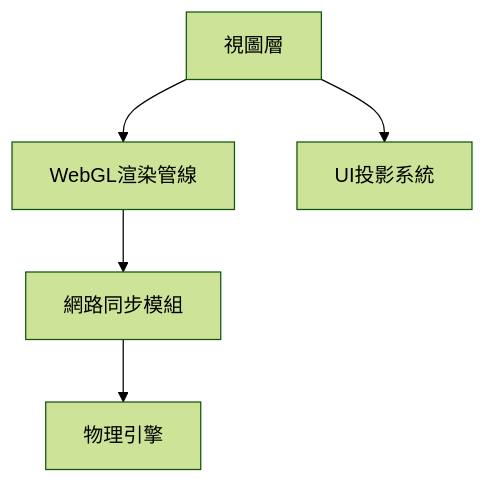
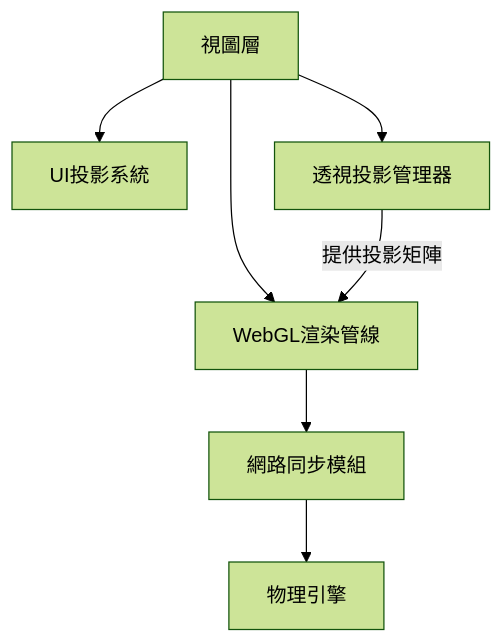
Before and after one commit to ainlee/WebRPG: the first of 5 diagrams in spec.md, drawn with Mermaid (forest theme). The commit also changed other lines of this file and 5 other files, not shown here.

````diff
--- a/spec.md
+++ b/spec.md
@@ -5,7 +5,9 @@
 ```mermaid
 graph TD
     A[視圖層] --> B[WebGL渲染管線]
     A --> C[UI投影系統]
+    A --> P[透視投影管理器]
     B --> D[網路同步模組]
     D --> E[物理引擎]
+    P -->|提供投影矩陣| B
 ```
````
